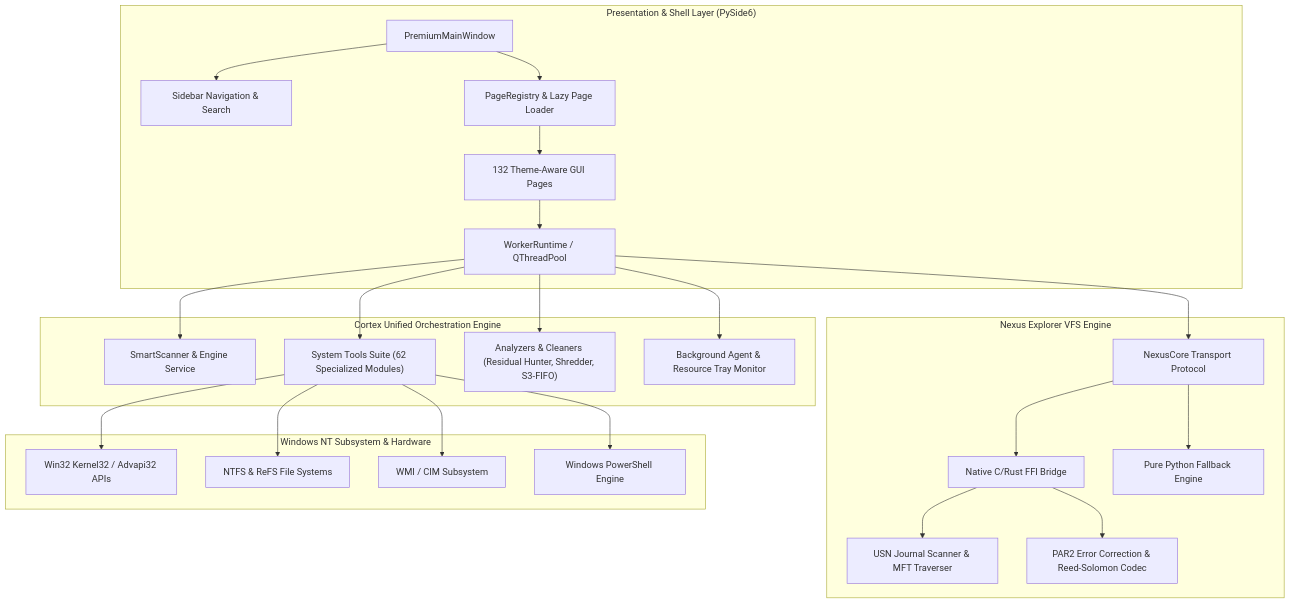
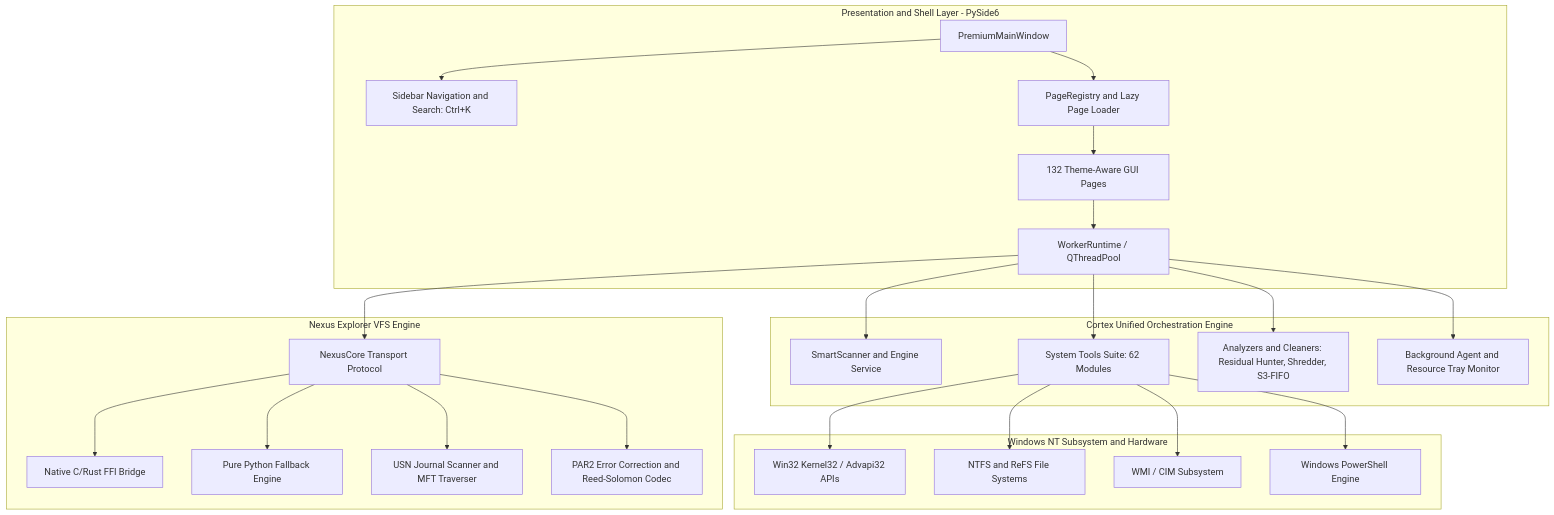
One commit to Destroyer-official/Cortex-Workstation changed the diagram in docs/ARCHITECTURE.md. Above: the diagram before and after it, drawn with Mermaid. The commit also changed other lines of this file and 5 other files, not shown here.

Commit message:
docs: fix Mermaid diagram syntax, typography spacing, and doc cross-links

````diff
--- a/docs/ARCHITECTURE.md
+++ b/docs/ARCHITECTURE.md
@@ -21,31 +21,31 @@
 ```mermaid
 flowchart TB
-    subgraph UI_Layer ["Presentation & Shell Layer (PySide6)"]
-        A[PremiumMainWindow] --> B[Sidebar Navigation & Search]
-        A --> C[PageRegistry & Lazy Page Loader]
-        C --> D[132 Theme-Aware GUI Pages]
-        D --> E[WorkerRuntime / QThreadPool]
+    subgraph UI_Layer["Presentation and Shell Layer - PySide6"]
+        A["PremiumMainWindow"] --> B["Sidebar Navigation and Search: Ctrl+K"]
+        A --> C["PageRegistry and Lazy Page Loader"]
+        C --> D["132 Theme-Aware GUI Pages"]
+        D --> E["WorkerRuntime / QThreadPool"]
     end
 
-    subgraph Core_Engine ["Cortex Unified Orchestration Engine"]
-        E --> F[SmartScanner & Engine Service]
-        E --> G["System Tools Suite (62 Specialized Modules)"]
-        E --> H["Analyzers & Cleaners (Residual Hunter, Shredder, S3-FIFO)"]
-        E --> I[Background Agent & Resource Tray Monitor]
+    subgraph Core_Engine["Cortex Unified Orchestration Engine"]
+        E --> F["SmartScanner and Engine Service"]
+        E --> G["System Tools Suite: 62 Modules"]
+        E --> H["Analyzers and Cleaners: Residual Hunter, Shredder, S3-FIFO"]
+        E --> I["Background Agent and Resource Tray Monitor"]
     end
 
-    subgraph Nexus_VFS ["Nexus Explorer VFS Engine"]
-        E --> J[NexusCore Transport Protocol]
-        J --> K[Native C/Rust FFI Bridge]
-        J --> L[Pure Python Fallback Engine]
-        K --> M[USN Journal Scanner & MFT Traverser]
-        K --> N[PAR2 Error Correction & Reed-Solomon Codec]
+    subgraph Nexus_VFS["Nexus Explorer VFS Engine"]
+        E --> J["NexusCore Transport Protocol"]
+        J --> K["Native C/Rust FFI Bridge"]
+        J --> L["Pure Python Fallback Engine"]
+        J --> M["USN Journal Scanner and MFT Traverser"]
+        J --> N["PAR2 Error Correction and Reed-Solomon Codec"]
     end
 
-    subgraph OS_Kernel ["Windows NT Subsystem & Hardware"]
-        G --> O[Win32 Kernel32 / Advapi32 APIs]
-        G --> P[NTFS & ReFS File Systems]
-        G --> Q[WMI / CIM Subsystem]
-        G --> R[Windows PowerShell Engine]
+    subgraph OS_Kernel["Windows NT Subsystem and Hardware"]
+        G --> O["Win32 Kernel32 / Advapi32 APIs"]
+        G --> P["NTFS and ReFS File Systems"]
+        G --> Q["WMI / CIM Subsystem"]
+        G --> R["Windows PowerShell Engine"]
     end
 ```
````
